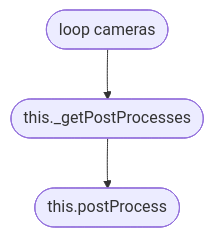
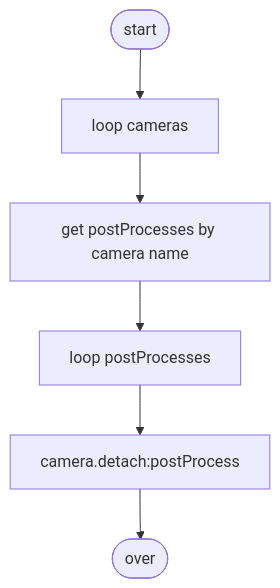
Before and after one commit to zxgaoray/OpenGISNote: the fourth of 4 diagrams in babylon/rendering_pipeline.md, drawn with Mermaid. The commit also changed other lines of this file, not shown here.

````diff
--- a/babylon/rendering_pipeline.md
+++ b/babylon/rendering_pipeline.md
@@ -38,6 +106,9 @@
-```mermaid 
-graph TD 
-    A([loop cameras]) 
-    --> B([this._getPostProcesses]) 
-    --> C([this.postProcess])
+```mermaid
+graph TD
+    start([start])
+    --> loopCameras[loop cameras]
+    --> getPostProcesses[get postProcesses by camera name]
+    --> loopPostProcesses[loop postProcesses]
+    --> cameraDetachProcess[camera.detach:postProcess]
+    --> over([over])
 ```
````
